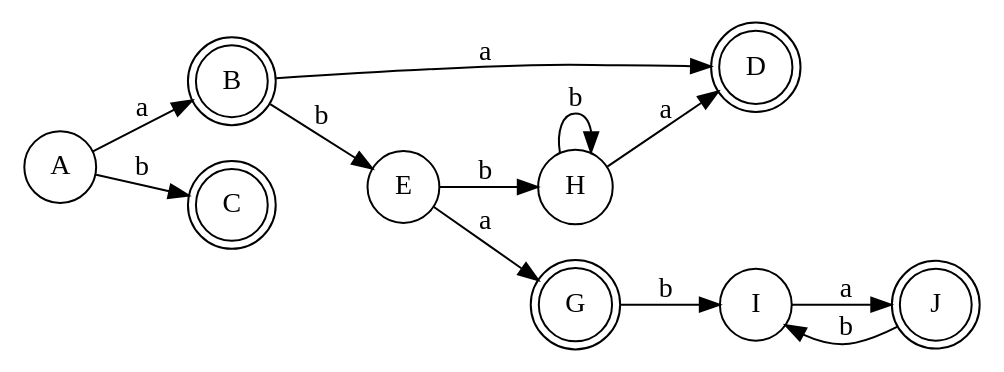
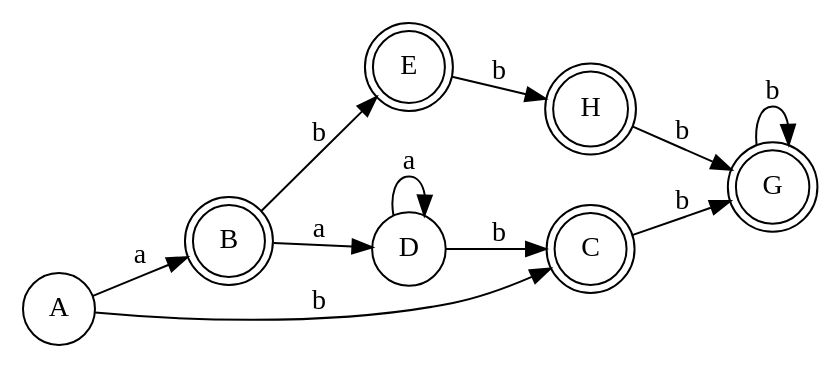
One commit to bloomfieldfong/Creacion-de-Automatas changed the diagram in automata.gv. Above: the diagram before and after it, drawn with Graphviz. The commit also changed 7 other files, not shown here.

```diff
--- a/automata.gv
+++ b/automata.gv
@@ -1,23 +1,24 @@
 digraph finite_state_machine {
 	rankdir=LR size="8,5"
 	node [shape=doublecircle]
 	B
 	C
-	D
+	E
+	G
+	C
+	H
+	H
 	G
 	G
-	D
-	J
 	node [shape=circle]
 	A -> B [label=a]
 	A -> C [label=b]
 	B -> D [label=a]
 	B -> E [label=b]
-	E -> G [label=a]
+	C -> G [label=b]
+	D -> D [label=a]
+	D -> C [label=b]
 	E -> H [label=b]
-	G -> I [label=b]
-	H -> D [label=a]
-	H -> H [label=b]
-	I -> J [label=a]
-	J -> I [label=b]
+	G -> G [label=b]
+	H -> G [label=b]
 }
```
